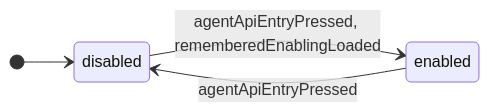
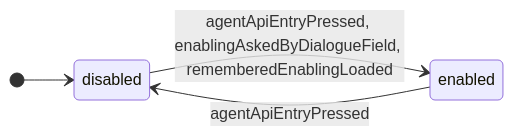
Diagram 25 of 26 in docs/spec/_assets/tbl-state-machines.md (GoodRelax/gr-scheduler), drawn with Mermaid before and after one commit. The commit also changed other lines of this file and 44 other files, not shown here.

````diff
--- a/docs/spec/_assets/tbl-state-machines.md
+++ b/docs/spec/_assets/tbl-state-machines.md
@@ -1102,9 +1102,9 @@
 ```mermaid
 stateDiagram-v2
     direction LR
     [*] --> agentApiEnablingStateMachine_disabled
     agentApiEnablingStateMachine_disabled : disabled
     agentApiEnablingStateMachine_enabled : enabled
-    agentApiEnablingStateMachine_disabled --> agentApiEnablingStateMachine_enabled : agentApiEntryPressed, rememberedEnablingLoaded
+    agentApiEnablingStateMachine_disabled --> agentApiEnablingStateMachine_enabled : agentApiEntryPressed, enablingAskedByDialogueField, rememberedEnablingLoaded
     agentApiEnablingStateMachine_enabled --> agentApiEnablingStateMachine_disabled : agentApiEntryPressed
 ```
````
